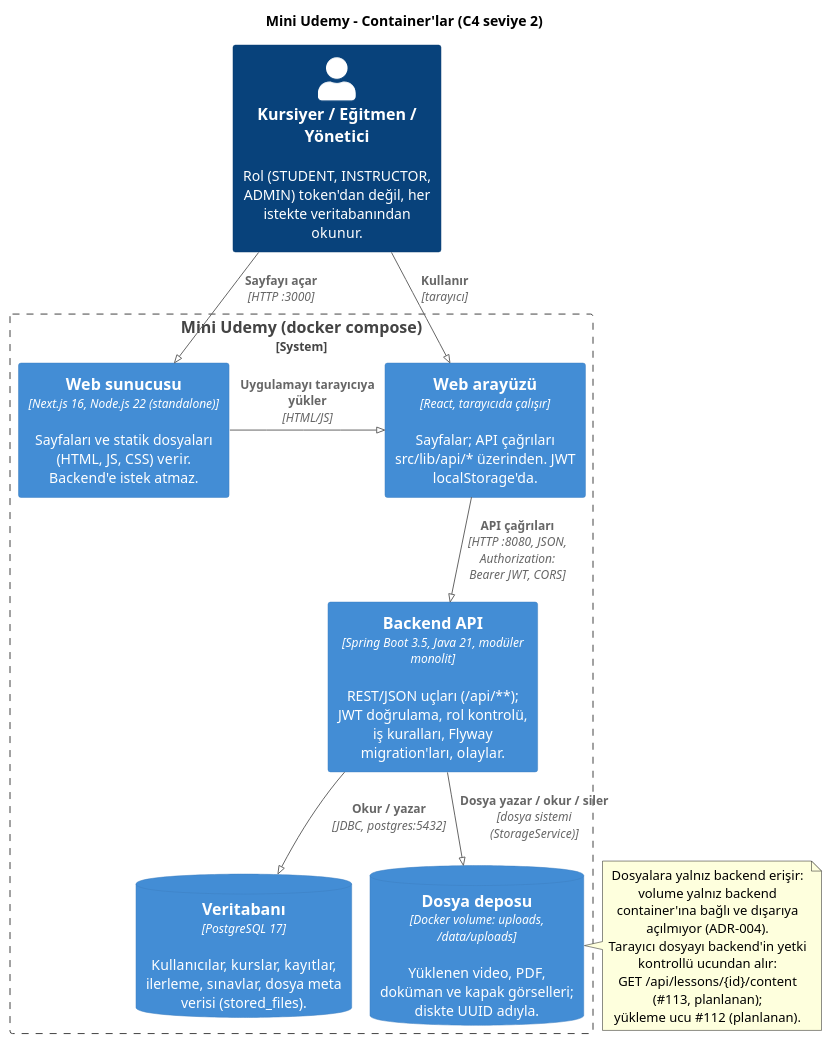
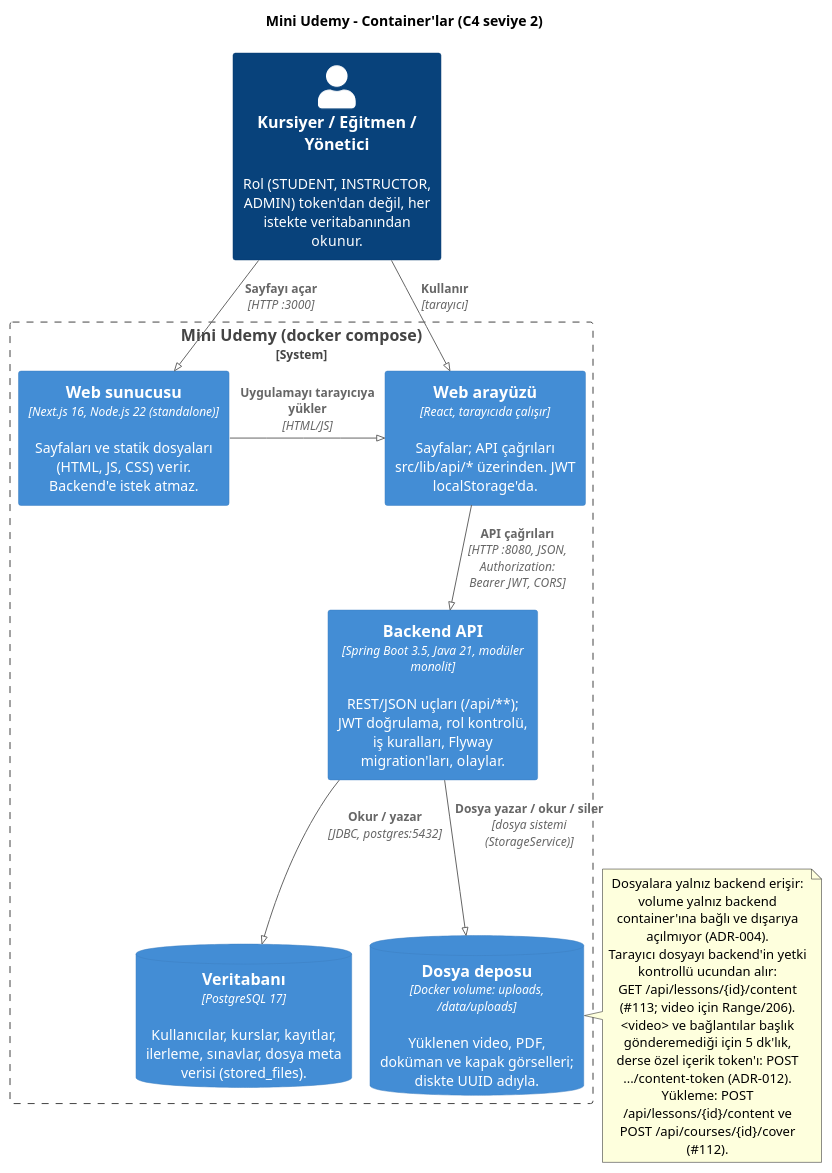
Before and after one commit to Bertanokt/mini-udemy: the diagram in docs/diagrams/c4-container.puml, drawn with PlantUML. The commit also changed 2 other files, not shown here.

Commit message:
docs(c4): container notundaki içerik uçlarını güncelle (#91)
#112 ve #113 main'de: 'planlanan' notu kaldırıldı; içerik ucu, içerik
token'ı (ADR-012) ve yükleme uçları yazıldı.

```diff
--- a/docs/diagrams/c4-container.puml
+++ b/docs/diagrams/c4-container.puml
@@ -1,36 +1,39 @@
 @startuml c4-container
 ' C4 seviye 2 — container'lar (#87). Portlar ve adlar docker-compose.yml ile aynı; tutarlılık tablosu PR #87/#94'te.
 ' Render: java -jar plantuml.jar -tpng -tsvg docs/diagrams/c4-container.puml (Graphviz gerekmez: smetana)
 !pragma layout smetana
 !include <C4/C4_Container>
 
 LAYOUT_TOP_DOWN()
 HIDE_STEREOTYPE()
 
 title Mini Udemy - Container'lar (C4 seviye 2)
 
 Person(users, "Kursiyer / Eğitmen / Yönetici", "Rol (STUDENT, INSTRUCTOR, ADMIN) token'dan değil, her istekte veritabanından okunur.")
 
 System_Boundary(mu, "Mini Udemy (docker compose)") {
   Container(web, "Web sunucusu", "Next.js 16, Node.js 22 (standalone)", "Sayfaları ve statik dosyaları (HTML, JS, CSS) verir. Backend'e istek atmaz.")
   Container(spa, "Web arayüzü", "React, tarayıcıda çalışır", "Sayfalar; API çağrıları src/lib/api/* üzerinden. JWT localStorage'da.")
   Container(api, "Backend API", "Spring Boot 3.5, Java 21, modüler monolit", "REST/JSON uçları (/api/**); JWT doğrulama, rol kontrolü, iş kuralları, Flyway migration'ları, olaylar.")
   ContainerDb(db, "Veritabanı", "PostgreSQL 17", "Kullanıcılar, kurslar, kayıtlar, ilerleme, sınavlar, dosya meta verisi (stored_files).")
   ContainerDb(files, "Dosya deposu", "Docker volume: uploads, /data/uploads", "Yüklenen video, PDF, doküman ve kapak görselleri; diskte UUID adıyla.")
 }
 
 Rel(users, spa, "Kullanır", "tarayıcı")
 Rel(users, web, "Sayfayı açar", "HTTP :3000")
 Rel_R(web, spa, "Uygulamayı tarayıcıya yükler", "HTML/JS")
 Rel(spa, api, "API çağrıları", "HTTP :8080, JSON, Authorization: Bearer JWT, CORS")
 Rel(api, db, "Okur / yazar", "JDBC, postgres:5432")
 Rel(api, files, "Dosya yazar / okur / siler", "dosya sistemi (StorageService)")
 
 note right of files
   Dosyalara yalnız backend erişir: volume yalnız backend
   container'ına bağlı ve dışarıya açılmıyor (ADR-004).
   Tarayıcı dosyayı backend'in yetki kontrollü ucundan alır:
-  GET /api/lessons/{id}/content (#113, planlanan);
-  yükleme ucu #112 (planlanan).
+  GET /api/lessons/{id}/content (#113; video için Range/206).
+  <video> ve bağlantılar başlık gönderemediği için 5 dk'lık,
+  derse özel içerik token'ı: POST .../content-token (ADR-012).
+  Yükleme: POST /api/lessons/{id}/content ve
+  POST /api/courses/{id}/cover (#112).
 end note
 @enduml
```
